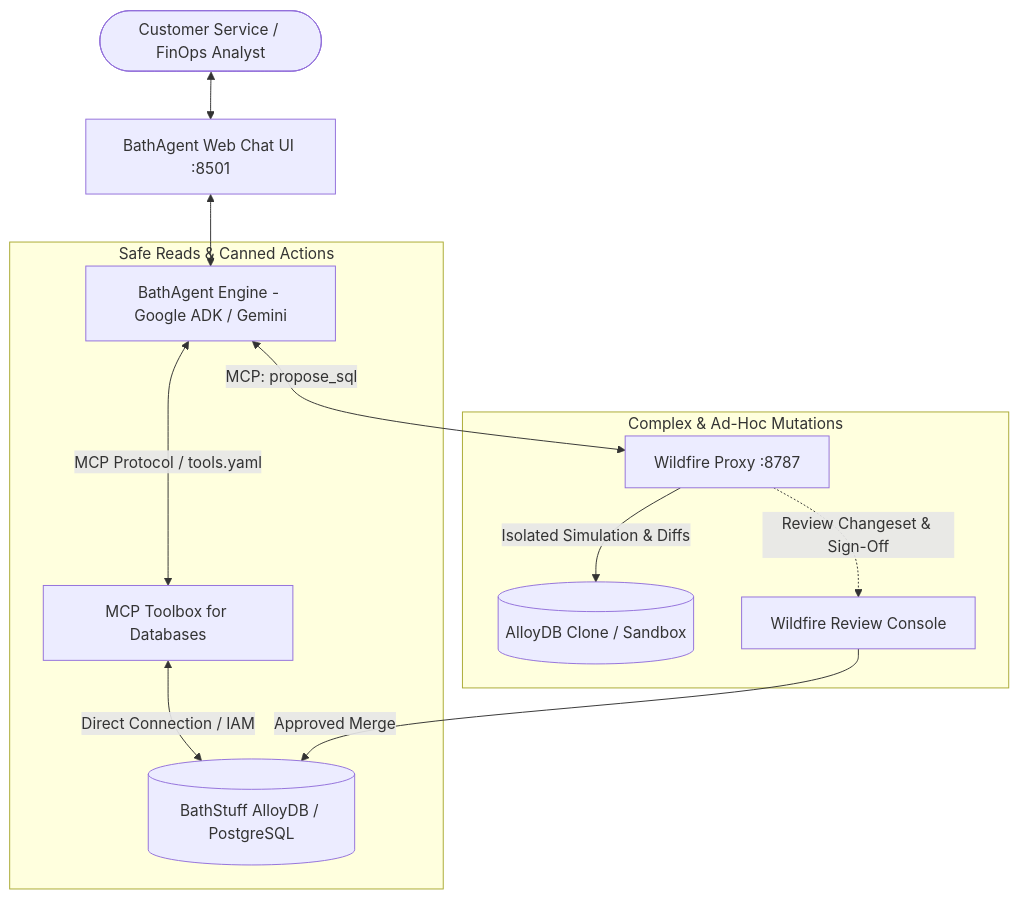
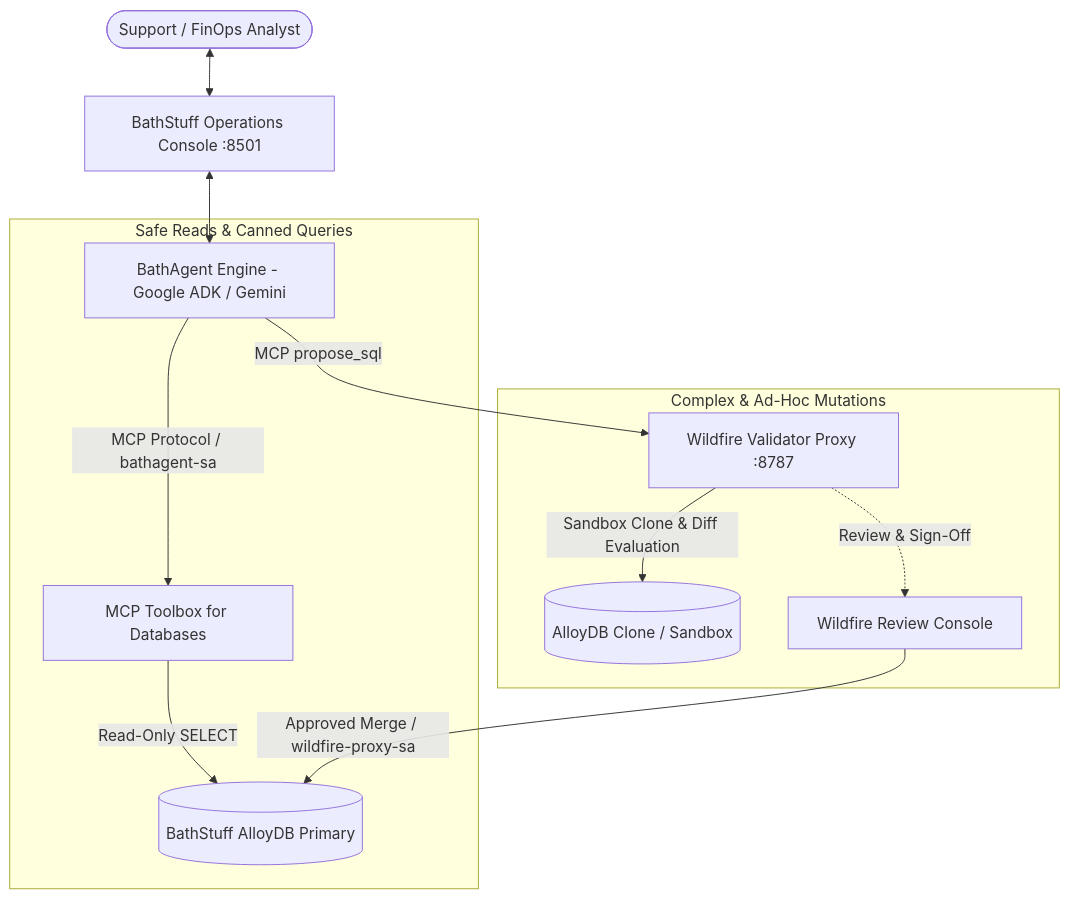
Before and after one commit to AndrewBrook-Google/bathagent: the diagram in README.md, drawn with Mermaid. The commit also changed other lines of this file and 11 other files, not shown here.

Commit message:
Refactor: Isolate AlloyDB setup scripts, add enterprise UI, and document dual-SA IAM security model

````diff
--- a/README.md
+++ b/README.md
@@ -28,17 +14,17 @@
 ```mermaid
 flowchart TD
-    User([Customer Service / FinOps Analyst]) <--> UI[BathAgent Web Chat UI :8501]
+    User([Support / FinOps Analyst]) <--> UI[BathStuff Operations Console :8501]
     UI <--> ADK[BathAgent Engine - Google ADK / Gemini]
     
-    subgraph Safe Reads & Canned Actions
-        ADK <-->|MCP Protocol / tools.yaml| TB[MCP Toolbox for Databases]
-        TB <-->|Direct Connection / IAM| DB[(BathStuff AlloyDB / PostgreSQL)]
+    subgraph Safe Reads & Canned Queries
+        ADK -->|MCP Protocol / bathagent-sa| TB[MCP Toolbox for Databases]
+        TB -->|Read-Only SELECT| DB[(BathStuff AlloyDB Primary)]
     end
     
     subgraph Complex & Ad-Hoc Mutations
-        ADK <-->|MCP: propose_sql| WF[Wildfire Proxy :8787]
-        WF -->|Isolated Simulation & Diffs| WFSandbox[(AlloyDB Clone / Sandbox)]
-        WF -.->|Review Changeset & Sign-Off| Console[Wildfire Review Console]
-        Console -->|Approved Merge| DB
+        ADK -->|MCP propose_sql| WF[Wildfire Validator Proxy :8787]
+        WF -->|Sandbox Clone & Diff Evaluation| WFSandbox[(AlloyDB Clone / Sandbox)]
+        WF -.->|Review & Sign-Off| Console[Wildfire Review Console]
+        Console -->|Approved Merge / wildfire-proxy-sa| DB
     end
 ```
````
